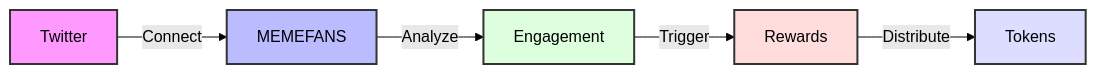
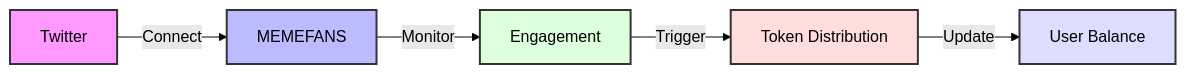
The fourth of 4 diagrams in docs/whitepaper/executive-summary.md (MEMEFANS/memefans), drawn with Mermaid (forest theme) before and after one commit. The commit also changed other lines of this file and 32 other files, not shown here.

````diff
--- a/docs/whitepaper/executive-summary.md
+++ b/docs/whitepaper/executive-summary.md
@@ -49,12 +85,12 @@
 ```mermaid
 graph LR
     A[Twitter] -->|Connect| B[MEMEFANS]
-    B -->|Analyze| C[Engagement]
-    C -->|Trigger| D[Rewards]
-    D -->|Distribute| E[Tokens]
+    B -->|Monitor| C[Engagement]
+    C -->|Trigger| D[Token Distribution]
+    D -->|Update| E[User Balance]
     style A fill:#f9f,stroke:#333,stroke-width:2px
     style B fill:#bbf,stroke:#333,stroke-width:2px
     style C fill:#dfd,stroke:#333,stroke-width:2px
     style D fill:#fdd,stroke:#333,stroke-width:2px
     style E fill:#ddf,stroke:#333,stroke-width:2px
 ```
````
